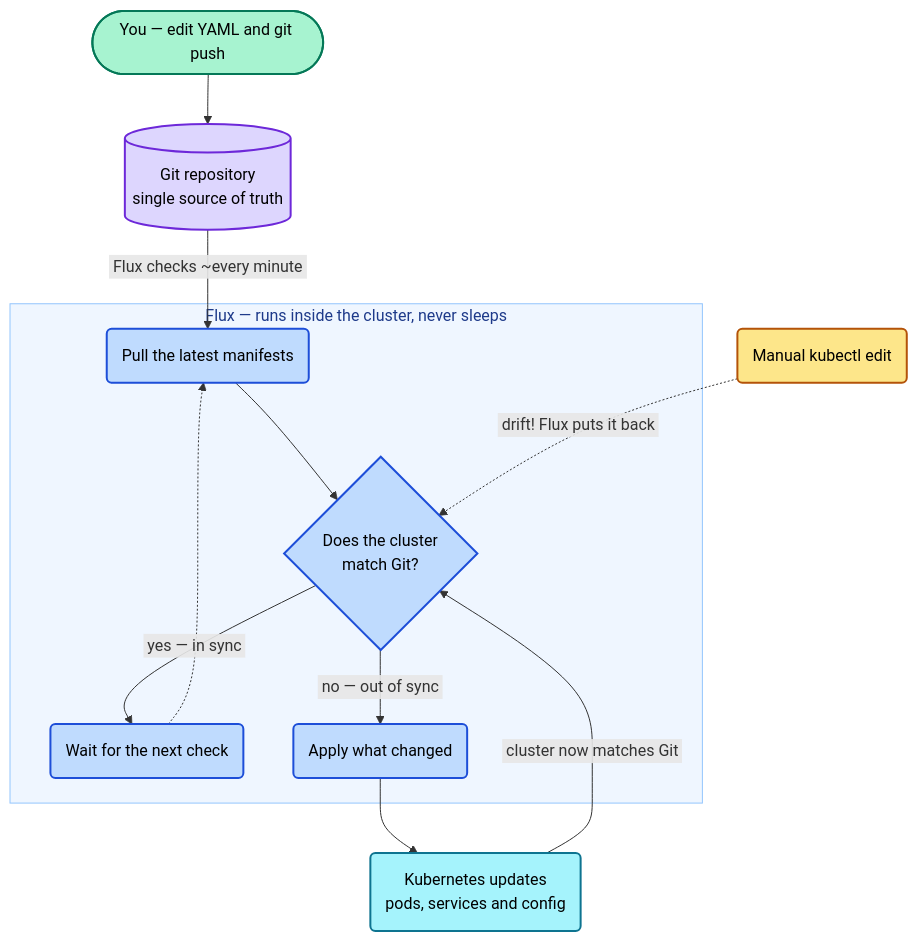
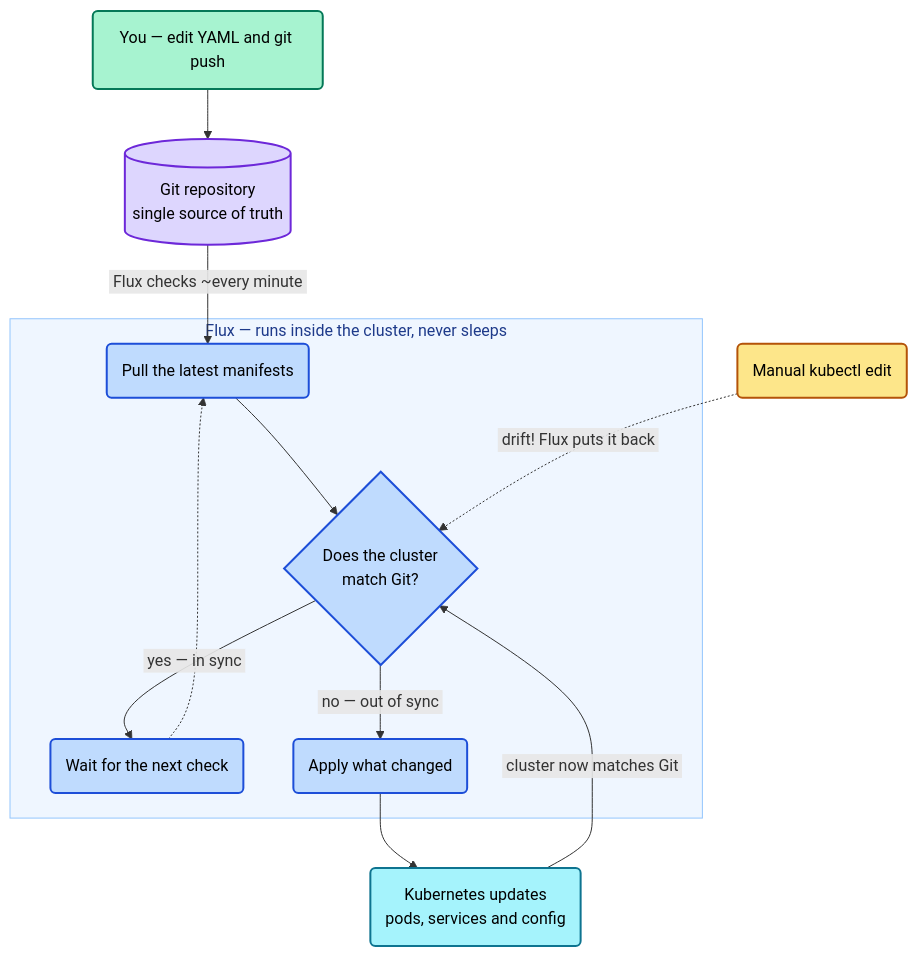
One commit to chr1sd/home-ops changed the diagram in README.md. Above: the diagram before and after it, drawn with Mermaid.

Commit message:
chore: updated bubble

````diff
--- a/README.md
+++ b/README.md
@@ -90,32 +90,32 @@
 ```mermaid
 flowchart TD
     %% MEANING: the GitOps loop — Git is the source of truth, Flux reconciles the cluster to match it
 
-    Dev(["You — edit YAML and git push"]) --> Git[("Git repository<br/>single source of truth")]
+    Dev("You — edit YAML and git push") --> Git[("Git repository<br/>single source of truth")]
 
     subgraph FluxLoop["Flux — runs inside the cluster, never sleeps"]
         Pull("Pull the latest manifests") --> Diff{"Does the cluster<br/>match Git?"}
         Diff -->|"&nbsp;yes — in sync&nbsp;"| Wait("Wait for the next check")
         Wait -.-> Pull
         Diff -->|"&nbsp;no — out of sync&nbsp;"| Apply("Apply what changed")
     end
 
     Git -->|"&nbsp;Flux checks ~every minute&nbsp;"| Pull
     Apply --> K8s("Kubernetes updates<br/>pods, services and config")
     K8s -->|"&nbsp;cluster now matches Git&nbsp;"| Diff
     Drift("Manual kubectl edit") -.->|"&nbsp;drift! Flux puts it back&nbsp;"| Diff
 
     classDef human fill:#A7F3D0,stroke:#047857,stroke-width:2px,color:#000
     classDef git fill:#DDD6FE,stroke:#6D28D9,stroke-width:2px,color:#000
     classDef flux fill:#BFDBFE,stroke:#1D4ED8,stroke-width:2px,color:#000
     classDef k8s fill:#A5F3FC,stroke:#0E7490,stroke-width:2px,color:#000
     classDef warn fill:#FDE68A,stroke:#B45309,stroke-width:2px,color:#000
 
     class Dev human
     class Git git
     class Pull,Diff,Wait,Apply flux
     class K8s k8s
     class Drift warn
 
     style FluxLoop fill:#EFF6FF,stroke:#93C5FD,color:#1E3A8A
 ```
````
